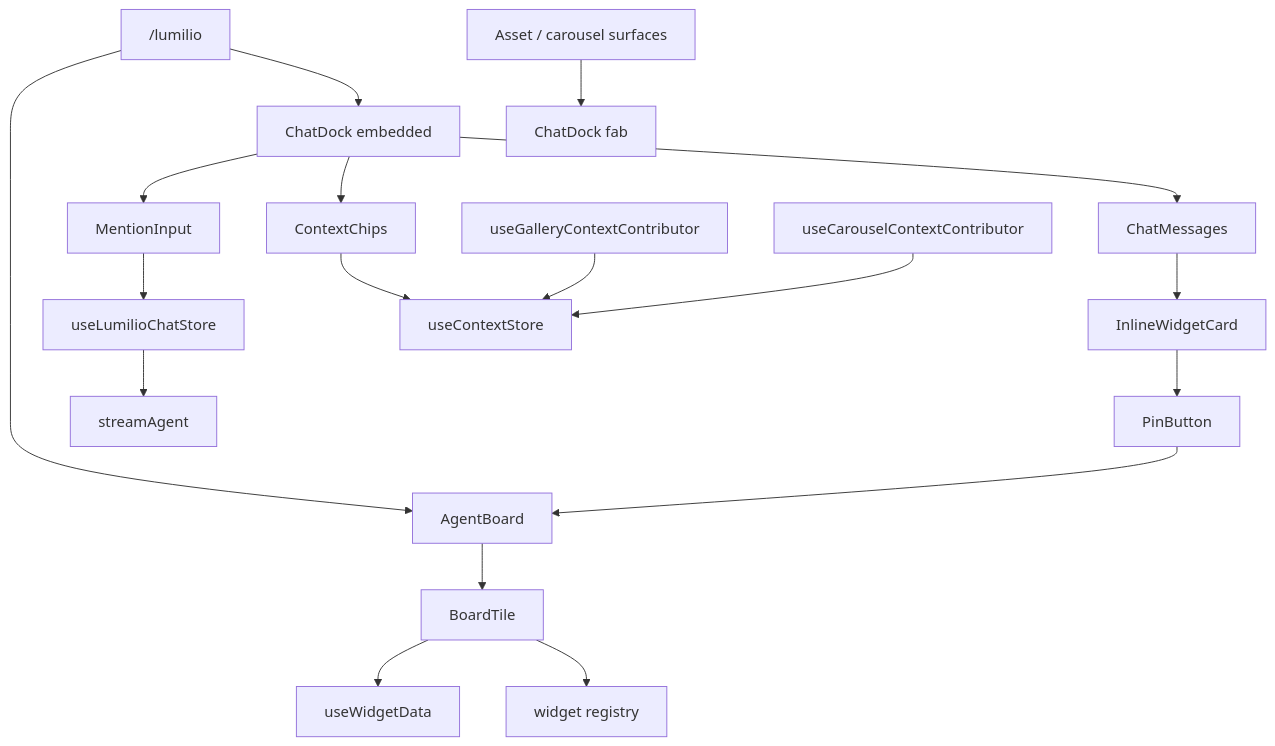
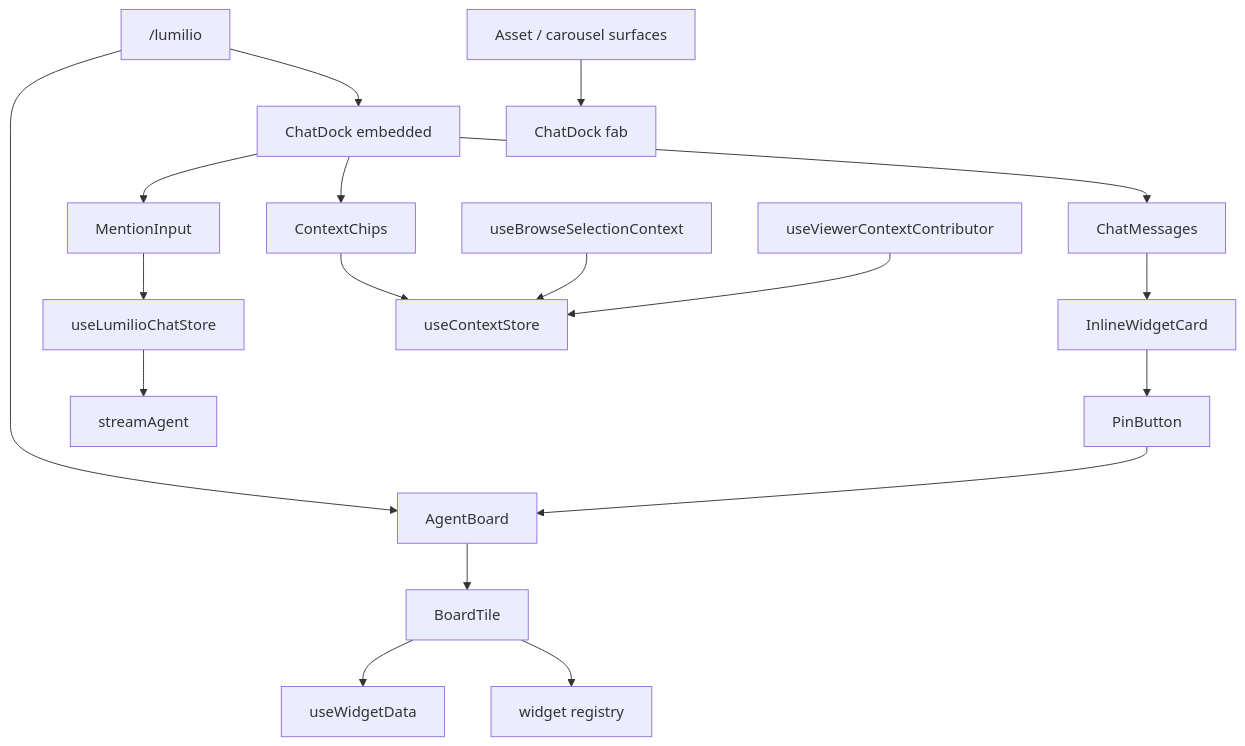
Before and after one commit to EdwinZhanCN/Lumilio-Photos: the diagram in web/src/features/lumilio/doc.md, drawn with Mermaid. The commit also changed other lines of this file and 171 other files, not shown here.

Commit message:
refactor(web): converge assets feature flows

````diff
--- a/web/src/features/lumilio/doc.md
+++ b/web/src/features/lumilio/doc.md
@@ -52,20 +52,20 @@
 ```mermaid
 flowchart TD
     ROUTE["/lumilio"] --> BOARD["AgentBoard"]
     ROUTE --> DOCK["ChatDock embedded"]
     FAB["Asset / carousel surfaces"] --> DOCK2["ChatDock fab"]
     DOCK --> INPUT["MentionInput"]
     DOCK --> CHIPS["ContextChips"]
     DOCK --> MESSAGES["ChatMessages"]
     INPUT --> STORE["useLumilioChatStore"]
     CHIPS --> CTX["useContextStore"]
-    GALLERY["useGalleryContextContributor"] --> CTX
-    CAROUSEL["useCarouselContextContributor"] --> CTX
+    GALLERY["useBrowseSelectionContext"] --> CTX
+    CAROUSEL["useViewerContextContributor"] --> CTX
     STORE --> SSE["streamAgent"]
     MESSAGES --> INLINE["InlineWidgetCard"]
     INLINE --> PIN["PinButton"]
     PIN --> BOARD
     BOARD --> TILE["BoardTile"]
     TILE --> DATA["useWidgetData"]
     TILE --> REG["widget registry"]
 ```
````
